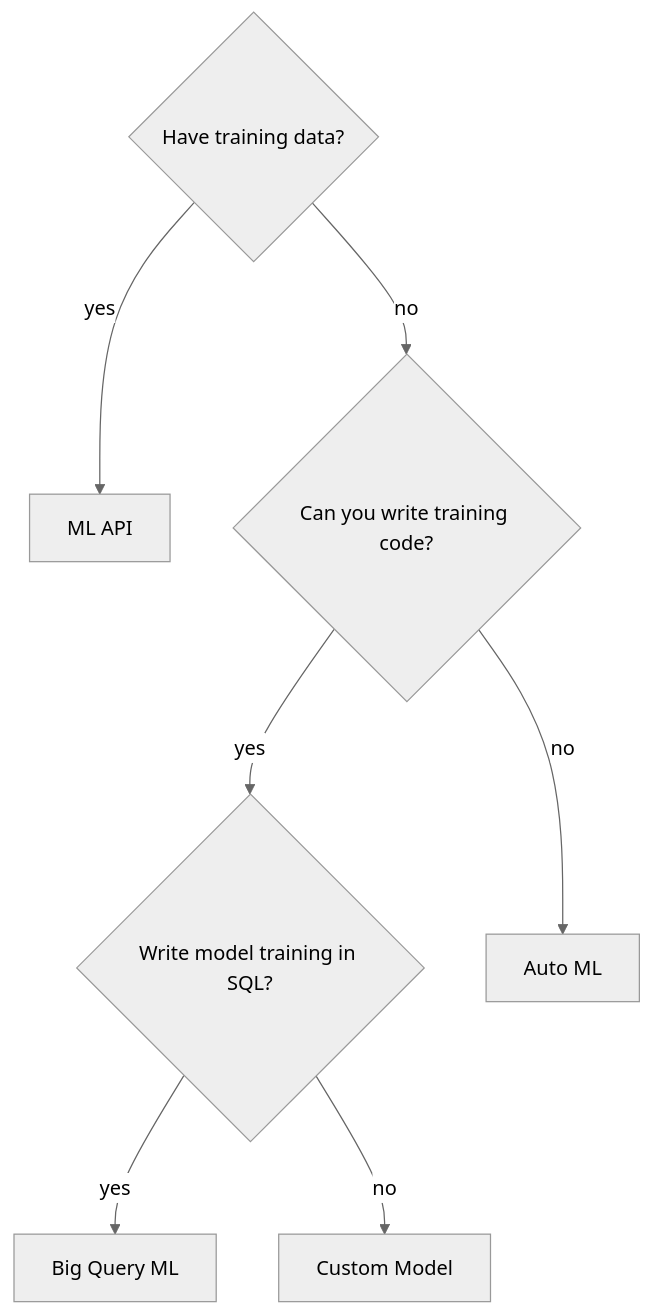
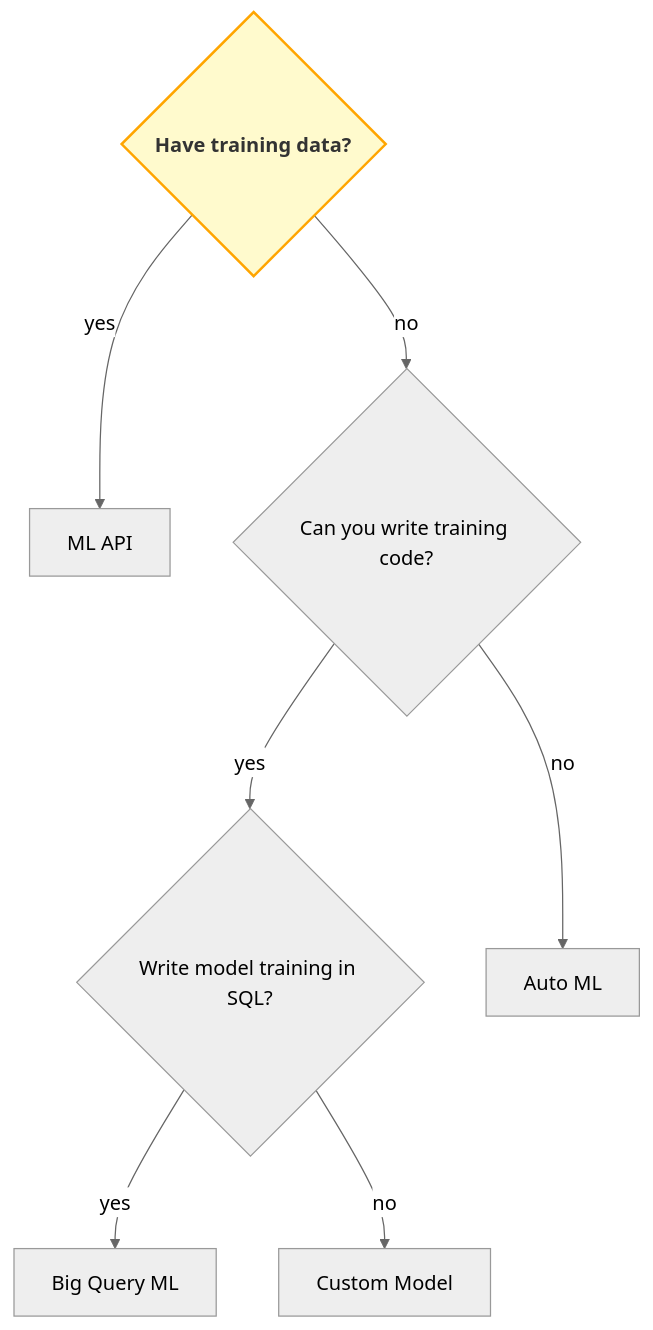
Before and after one commit to acnaweb/vertexai: the diagram in README.md, drawn with Mermaid (neutral theme).

````diff
--- a/README.md
+++ b/README.md
@@ -6,10 +6,16 @@
 ```mermaid
+    
 flowchart TD
-    training_data{"Have training data?"}
+    %% Definições de estilos para tema light
+    classDef startEnd fill:#f0f8ff,stroke:#005f99,stroke-width:2px,color:#005f99,font-weight:bold;
+    classDef decision fill:#fffacd,stroke:#ffa500,stroke-width:2px,color:#333,font-weight:bold;
+    classDef action fill:#e6ffe6,stroke:#008000,stroke-width:2px,color:#004d00;
+
+    training_data{"Have training data?"}:::decision
     training_data -->|yes| ML_API["ML API"]
     training_data -->|no| write_training_code{"Can you write training code?"}
     write_training_code -->|yes| write_model_sql{"Write model training in SQL?"}
     write_training_code -->|no| auto_ml["Auto ML"]
     write_model_sql -->|yes| bigquery_ml["Big Query ML"]
     write_model_sql -->|no| custom_model["Custom Model"]
 ```
````
